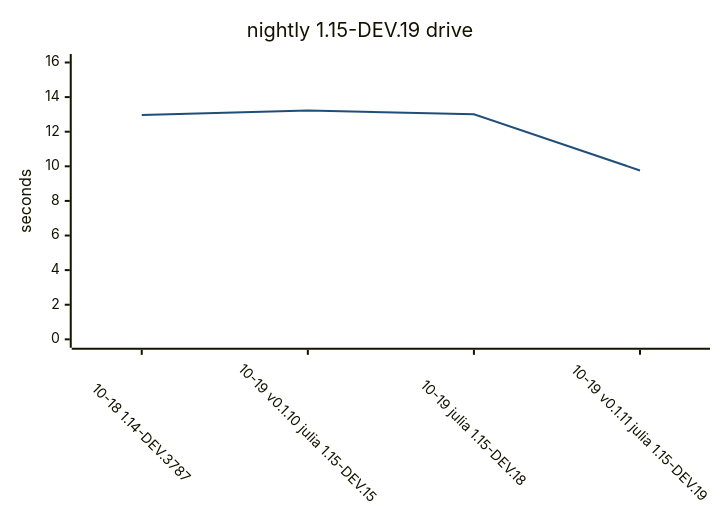
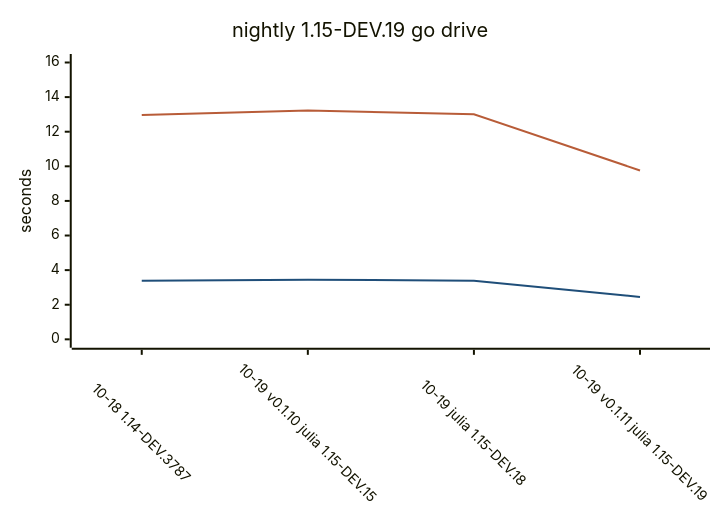
One commit to yamanori99/DistSSHRun.jl changed the sixth of 6 diagrams in README.md. Above: the diagram before and after it, drawn with Mermaid. The commit also changed other lines of this file, not shown here.

````diff
--- a/README.md
+++ b/README.md
@@ -305,17 +224,18 @@
 ```mermaid
 ---
 config:
   theme: base
   themeVariables:
     xyChart:
-      plotColorPalette: "#1f4e79"
+      plotColorPalette: "#1f4e79, #b85c38"
   xyChart:
     xAxis:
       labelRotation: 45
 ---
 xychart-beta
-    title "nightly 1.15-DEV.19 drive"
+    title "nightly 1.15-DEV.19 go drive"
     x-axis ["10-18 1.14-DEV.3787", "10-19 v0.1.10 julia 1.15-DEV.15", "10-19 julia 1.15-DEV.18", "10-19 v0.1.11 julia 1.15-DEV.19"]
     y-axis "seconds" 0 --> 16
-    line [12.97, 13.23, 13.01, 9.76]
+        line "go" [3.38, 3.45, 3.38, 2.45]
+        line "drive" [12.97, 13.23, 13.01, 9.76]
 ```
````
